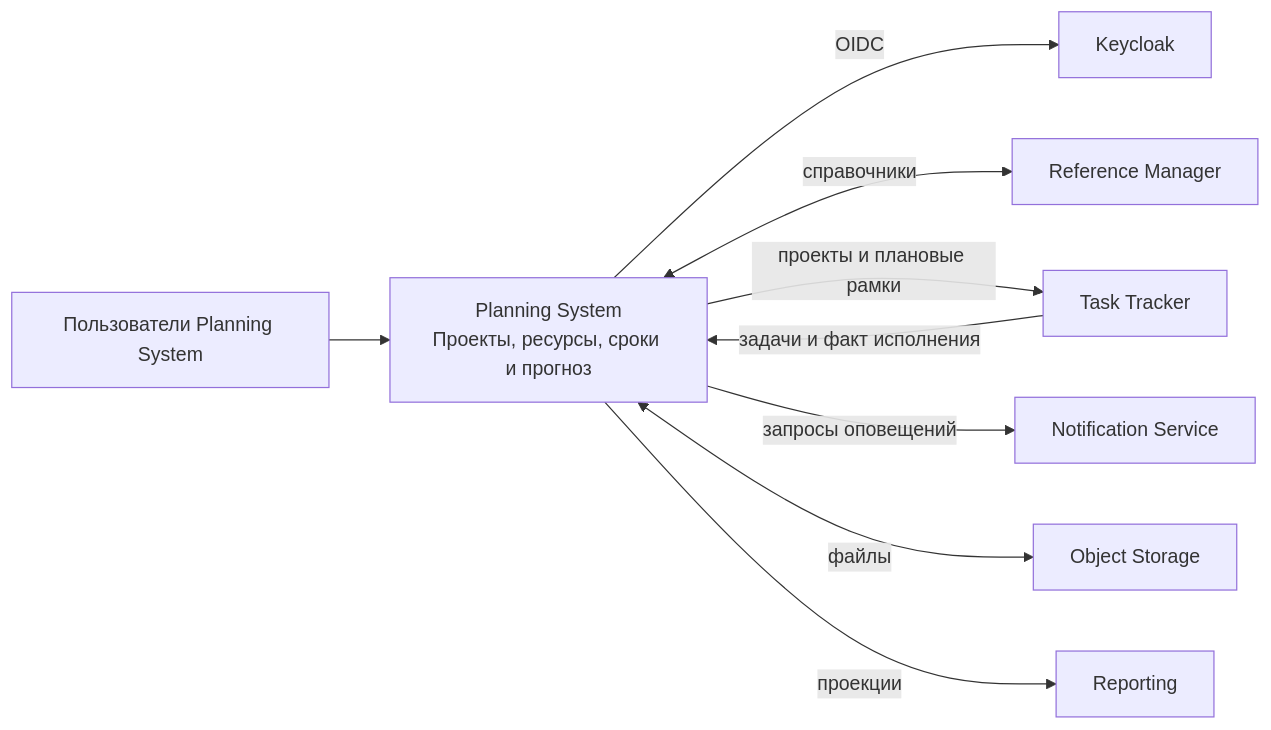
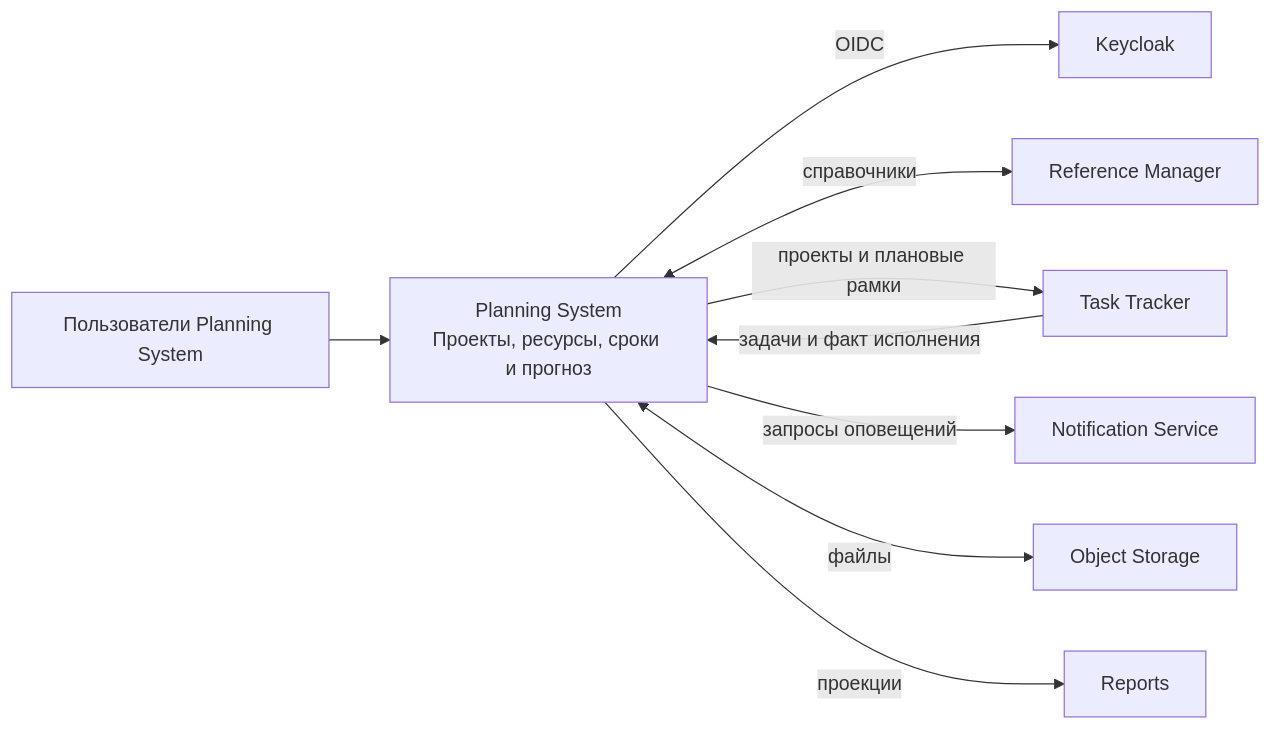
One commit to MEPhI-C22-501/arch-info-system-monorepo changed the first of 4 diagrams in planning-system/docs/architecture.md. Above: the diagram before and after it, drawn with Mermaid. The commit also changed 111 other files, not shown here.

````diff
--- a/planning-system/docs/architecture.md
+++ b/planning-system/docs/architecture.md
@@ -16,11 +16,11 @@
 ```mermaid
 flowchart LR
   user["Пользователи Planning System"] --> ps["Planning System<br/>Проекты, ресурсы, сроки и прогноз"]
   ps -->|"OIDC"| kc["Keycloak"]
   ps <-->|"справочники"| ref["Reference Manager"]
   ps -->|"проекты и плановые рамки"| tt["Task Tracker"]
   tt -->|"задачи и факт исполнения"| ps
   ps -->|"запросы оповещений"| ns["Notification Service"]
   ps <-->|"файлы"| os["Object Storage"]
-  ps -->|"проекции"| rpt["Reporting"]
+  ps -->|"проекции"| rpt["Reports"]
 ```
````
